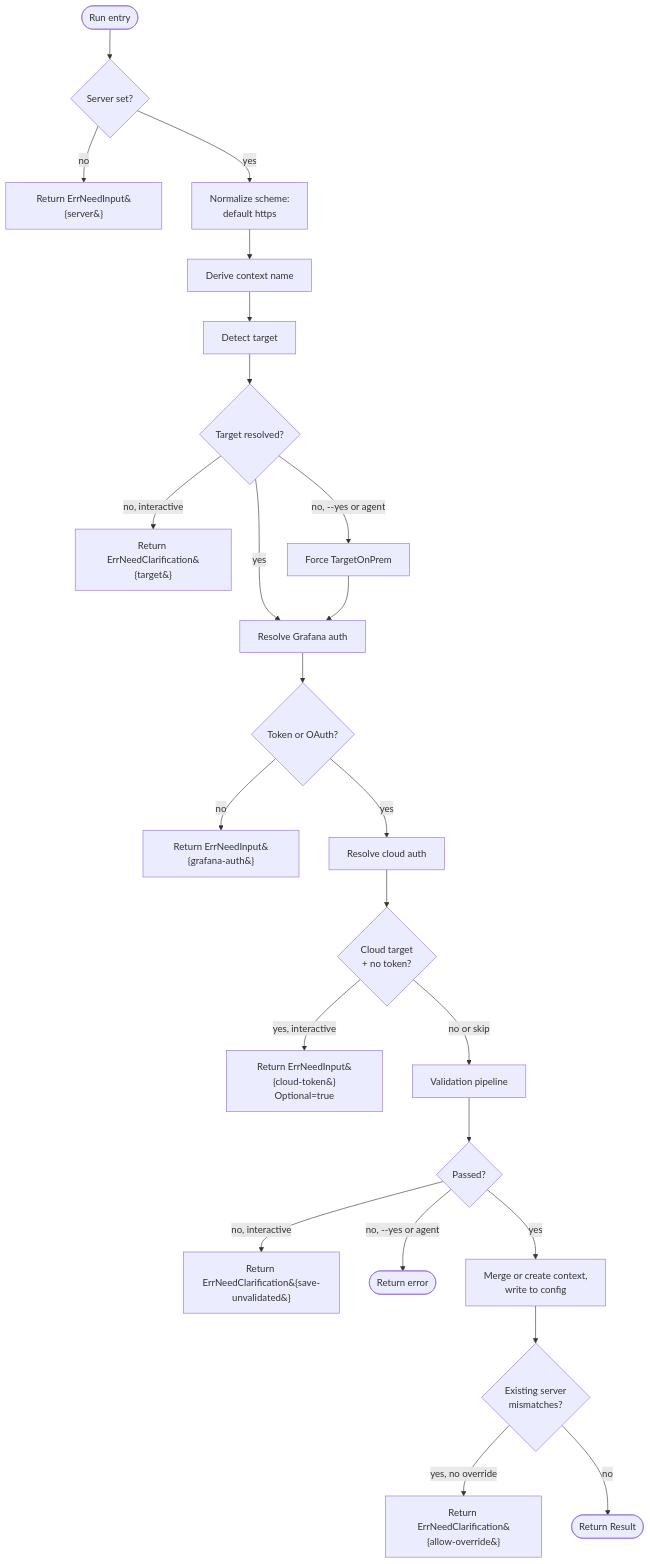
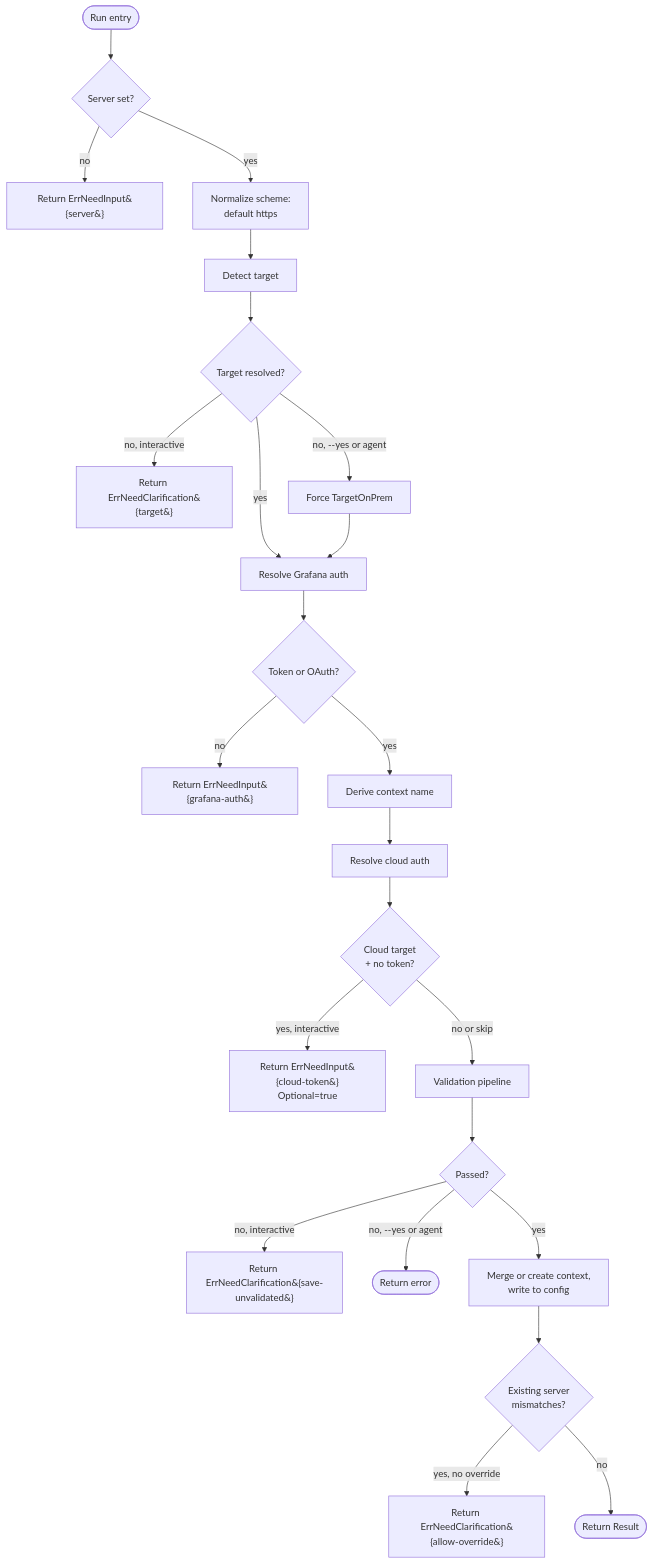
The third of 4 diagrams in docs/architecture/login-system.md (grafana/gcx), drawn with Mermaid before and after one commit. The commit also changed other lines of this file and 4 other files, not shown here.

````diff
--- a/docs/architecture/login-system.md
+++ b/docs/architecture/login-system.md
@@ -107,26 +108,26 @@
 ```mermaid
 flowchart TD
     Start([Run entry]) --> Server{Server set?}
     Server -->|no| SrvSentinel[Return ErrNeedInput&#123;server&#125;]
     Server -->|yes| Scheme[Normalize scheme:<br/>default https]
-    Scheme --> Ctx[Derive context name]
-    Ctx --> Detect[Detect target]
+    Scheme --> Detect[Detect target]
     Detect --> TgtKnown{Target resolved?}
     TgtKnown -->|no, interactive| TgtSentinel[Return ErrNeedClarification&#123;target&#125;]
     TgtKnown -->|no, --yes or agent| TgtOnPrem[Force TargetOnPrem]
     TgtKnown -->|yes| Auth[Resolve Grafana auth]
     TgtOnPrem --> Auth
     Auth --> AuthHave{Token or OAuth?}
     AuthHave -->|no| AuthSentinel[Return ErrNeedInput&#123;grafana-auth&#125;]
-    AuthHave -->|yes| Cloud[Resolve cloud auth]
+    AuthHave -->|yes| Ctx[Derive context name]
+    Ctx --> Cloud[Resolve cloud auth]
     Cloud --> CloudNeeded{Cloud target<br/>+ no token?}
     CloudNeeded -->|yes, interactive| CloudSentinel[Return ErrNeedInput&#123;cloud-token&#125;<br/>Optional=true]
     CloudNeeded -->|no or skip| Validate[Validation pipeline]
     Validate --> ValOK{Passed?}
     ValOK -->|no, interactive| ForceSentinel[Return ErrNeedClarification&#123;save-unvalidated&#125;]
     ValOK -->|no, --yes or agent| Fail([Return error])
     ValOK -->|yes| Persist[Merge or create context,<br/>write to config]
     Persist --> Mismatch{Existing server<br/>mismatches?}
     Mismatch -->|yes, no override| OverSentinel[Return ErrNeedClarification&#123;allow-override&#125;]
     Mismatch -->|no| Result([Return Result])
 ```
````
